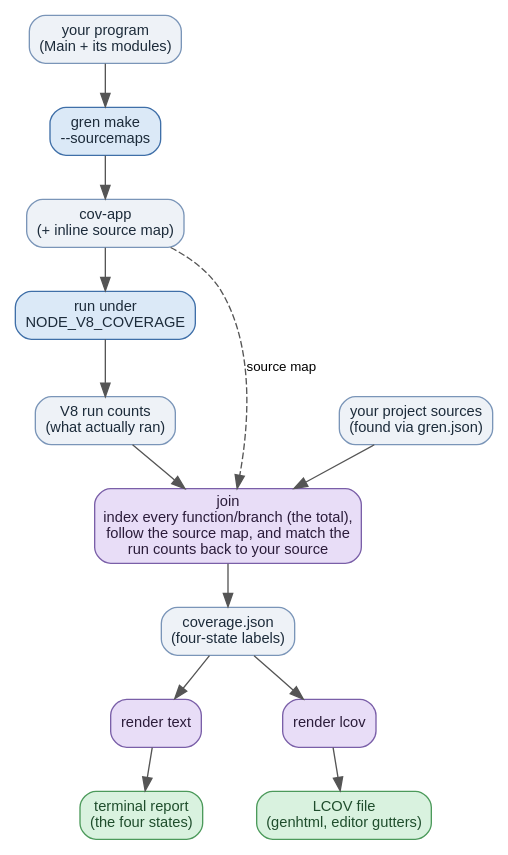
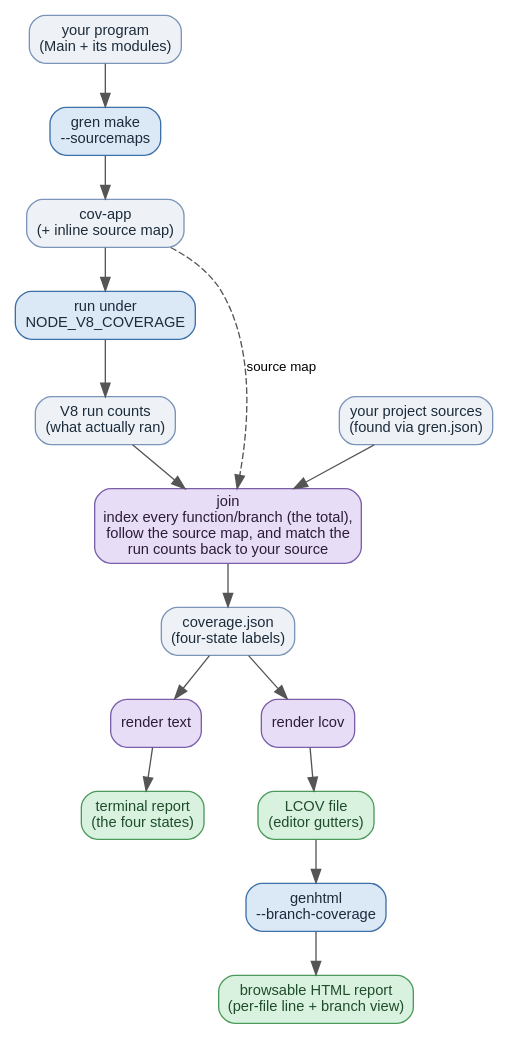
The diagram in docs/diagrams/coverage-pipeline.dot (gilramir/gren-coverage-node), drawn with Graphviz before and after one commit. The commit also changed 1 other file, not shown here.

Commit message:
Add genhtml step to the pipeline diagram
The diagram stopped at the LCOV file, but the README's own walkthrough (and
run-coverage.sh) both go one step further and run genhtml on it. Add that
node so the diagram matches what the tool actually documents.

Claude-Session: https://claude.ai/code/session_01FgnCQABKWDH7HJsiNGoJaP

```diff
--- a/docs/diagrams/coverage-pipeline.dot
+++ b/docs/diagrams/coverage-pipeline.dot
@@ -1,55 +1,59 @@
 digraph CoveragePipeline {
     rankdir=TB;
     bgcolor="white";
     fontname="Helvetica,Arial,sans-serif";
     fontsize=12;
     ranksep=0.45;
     nodesep=0.55;
 
     node [fontname="Helvetica,Arial,sans-serif", fontsize=11];
     edge [fontname="Helvetica,Arial,sans-serif", fontsize=10, color="#555555"];
 
     // Data nodes
     node [shape=box, style="rounded,filled", fillcolor="#eef2f7", color="#7a95b8", fontcolor="#1c2b3a"];
     program  [label="your program\n(Main + its modules)"];
     covApp   [label="cov-app\n(+ inline source map)"];
     counts   [label="V8 run counts\n(what actually ran)"];
     sources  [label="your project sources\n(found via gren.json)"];
     coverage [label="coverage.json\n(four-state labels)"];
 
     // Process nodes (external tools: gren + node)
     node [shape=box, style="rounded,filled", fillcolor="#dbe9f7", color="#3f6fa8", fontcolor="#1c2b3a"];
     build      [label="gren make\n--sourcemaps"];
     run        [label="run under\nNODE_V8_COVERAGE"];
+    genhtml    [label="genhtml\n--branch-coverage"];
 
     // This tool's own commands (gren-coverage) — light purple to stand out
     node [shape=box, style="rounded,filled", fillcolor="#e8ddf7", color="#7a5fa8", fontcolor="#2b1c3a"];
     join       [label="join\nindex every function/branch (the total),\nfollow the source map, and match the\nrun counts back to your source"];
     renderText [label="render text"];
     renderLcov [label="render lcov"];
 
     // Terminal output nodes
     node [shape=box, style="rounded,filled", fillcolor="#d9f2df", color="#4c9a5b", fontcolor="#1f4d2c"];
     term     [label="terminal report\n(the four states)"];
-    lcovFile [label="LCOV file\n(genhtml, editor gutters)"];
+    lcovFile [label="LCOV file\n(editor gutters)"];
+    htmlReport [label="browsable HTML report\n(per-file line + branch view)"];
 
     // Main flow
     program -> build;
     build   -> covApp;
     covApp  -> run;
     run     -> counts;
     counts  -> join;
     sources -> join;
     join    -> coverage;
     coverage -> renderText;
     coverage -> renderLcov;
     renderText -> term;
     renderLcov -> lcovFile;
+    lcovFile -> genhtml;
+    genhtml -> htmlReport;
 
     // The source map reaches join from the app itself, not from the counts.
     covApp -> join [style=dashed, label="source map", constraint=false];
 
     { rank=same; counts; sources }
     { rank=same; renderText; renderLcov }
     { rank=same; term; lcovFile }
 }
```
